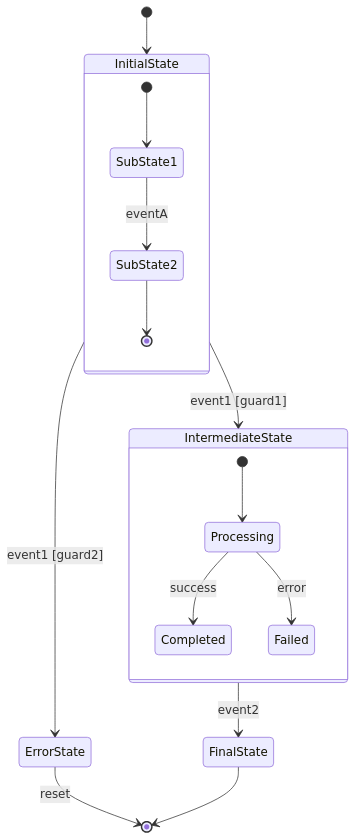
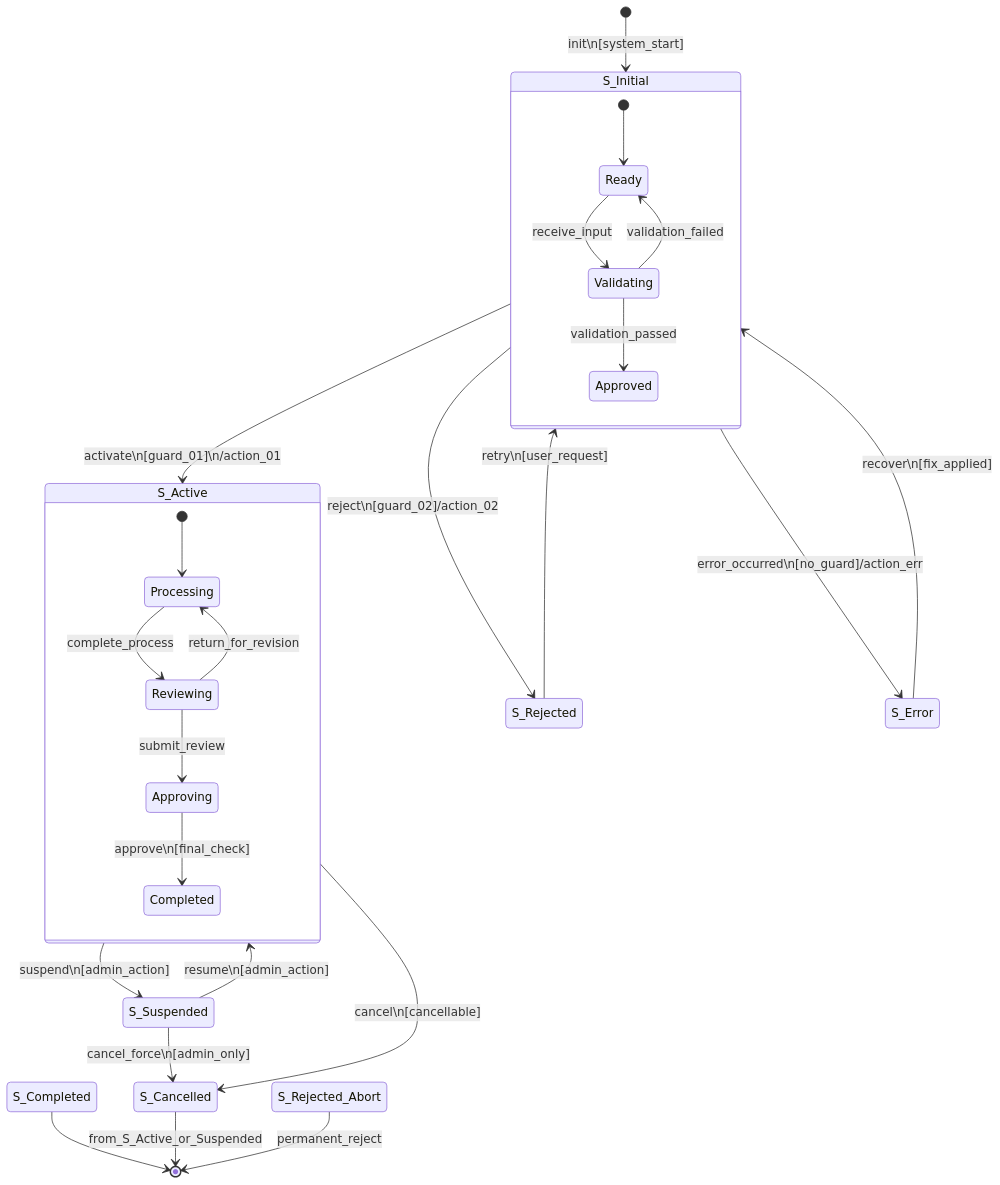
Before and after one commit to wychmod/test-generator: the first of 2 diagrams in testcase-generator/templates/state_diagram_template.md, drawn with Mermaid. The commit also changed other lines of this file and 7 other files, not shown here.

````diff
--- a/testcase-generator/templates/state_diagram_template.md
+++ b/testcase-generator/templates/state_diagram_template.md
@@ -38,24 +188,36 @@
 ```mermaid
 stateDiagram-v2
-    [*] --> InitialState
-
-    state InitialState {
-        [*] --> SubState1
-        SubState1 --> SubState2 : eventA
-        SubState2 --> [*]
+    [*] --> S_Initial : init\n[system_start]
+    
+    state S_Initial {
+        [*] --> Ready
+        Ready --> Validating : receive_input
+        Validating --> Ready : validation_failed
+        Validating --> Approved : validation_passed
     }
-
-    InitialState --> IntermediateState : event1 [guard1]
-    InitialState --> ErrorState : event1 [guard2]
-
-    state IntermediateState {
+    
+    S_Initial --> S_Active : activate\n[guard_01]\n/action_01
+    S_Initial --> S_Rejected : reject\n[guard_02]/action_02
+    S_Initial --> S_Error : error_occurred\n[no_guard]/action_err
+    
+    state S_Active {
         [*] --> Processing
-        Processing --> Completed : success
-        Processing --> Failed : error
+        Processing --> Reviewing : complete_process
+        Reviewing --> Processing : return_for_revision
+        Reviewing --> Approving : submit_review
+        Approving --> Completed : approve\n[final_check]
     }
-
-    IntermediateState --> FinalState : event2
-    ErrorState --> [*] : reset
-
-    FinalState --> [*]
+    
+    S_Active --> S_Suspended : suspend\n[admin_action]
+    S_Suspended --> S_Active : resume\n[admin_action]
+    
+    S_Rejected --> S_Initial : retry\n[user_request]
+    S_Error --> S_Initial : recover\n[fix_applied]
+    
+    S_Completed --> [*]
+    S_Cancelled --> [*]: from_S_Active_or_Suspended
+    S_Rejected_Abort --> [*]: permanent_reject
+    
+    S_Active --> S_Cancelled : cancel\n[cancellable]
+    S_Suspended --> S_Cancelled : cancel_force\n[admin_only]
 ```
````
